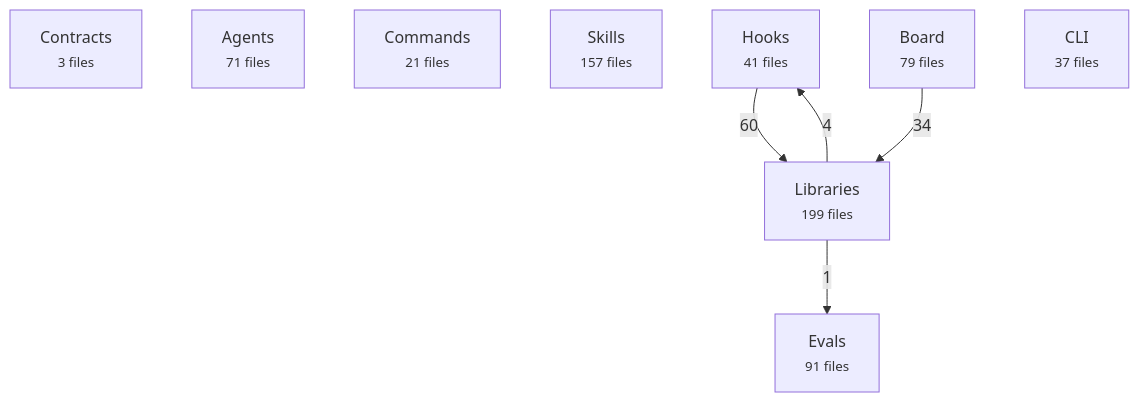
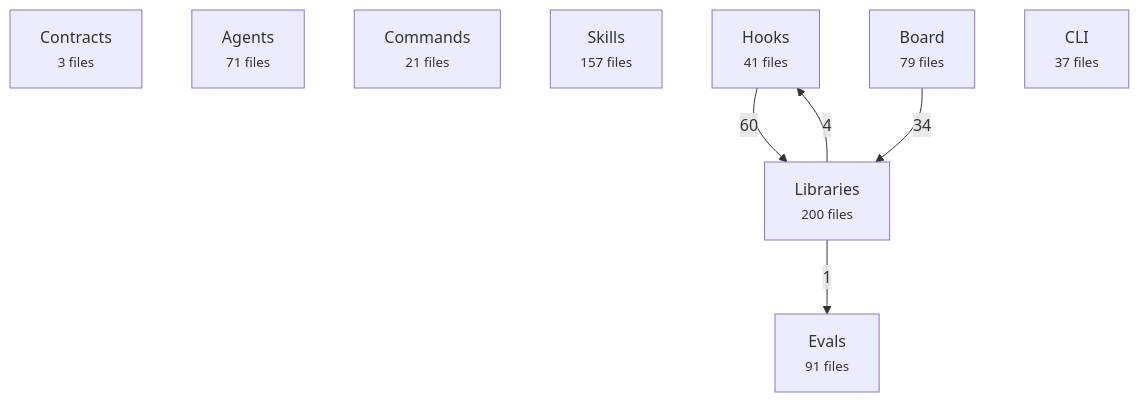
The first of 2 diagrams in docs/reference/architecture-map.md (avelikiy/great_cto), drawn with Mermaid before and after one commit. The commit also changed other lines of this file and 5 other files, not shown here.

````diff
--- a/docs/reference/architecture-map.md
+++ b/docs/reference/architecture-map.md
@@ -20,16 +20,16 @@
 ```mermaid
 flowchart TD
   contracts["Contracts<br/><small>3 files</small>"]
   agents["Agents<br/><small>71 files</small>"]
   commands["Commands<br/><small>21 files</small>"]
   skills["Skills<br/><small>157 files</small>"]
   hooks["Hooks<br/><small>41 files</small>"]
-  libs["Libraries<br/><small>199 files</small>"]
+  libs["Libraries<br/><small>200 files</small>"]
   board["Board<br/><small>79 files</small>"]
   cli["CLI<br/><small>37 files</small>"]
   evals["Evals<br/><small>91 files</small>"]
   hooks -->|60| libs
   board -->|34| libs
   libs -->|4| hooks
   libs -->|1| evals
 ```
````
